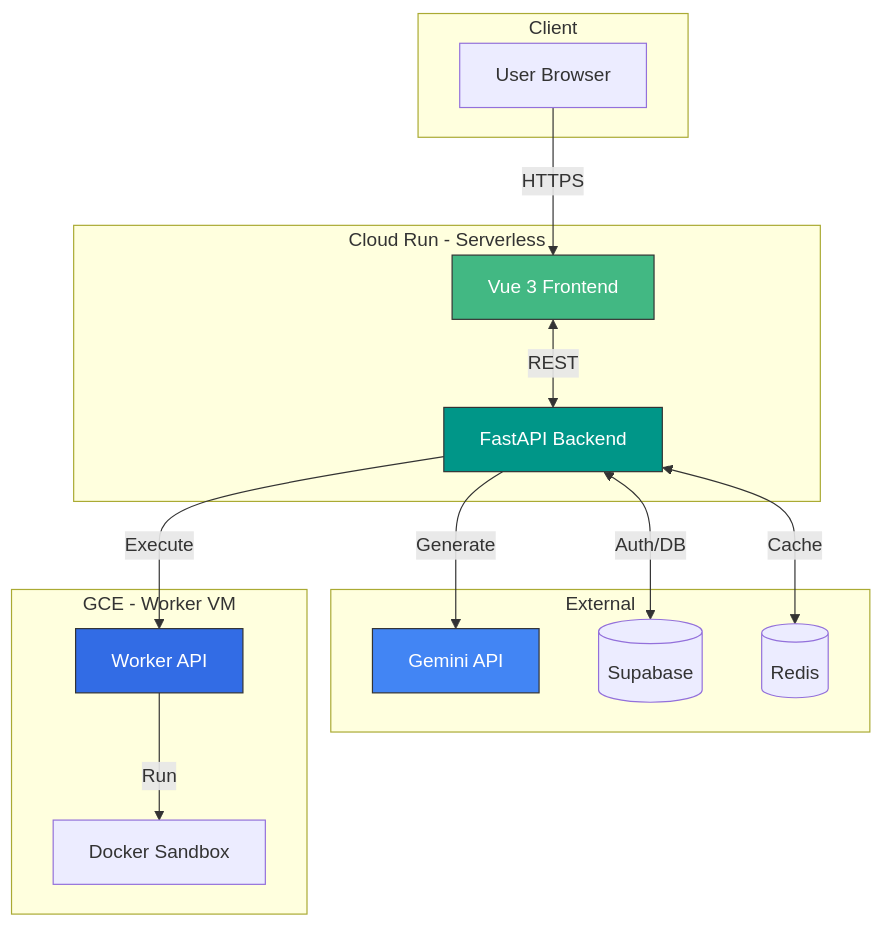
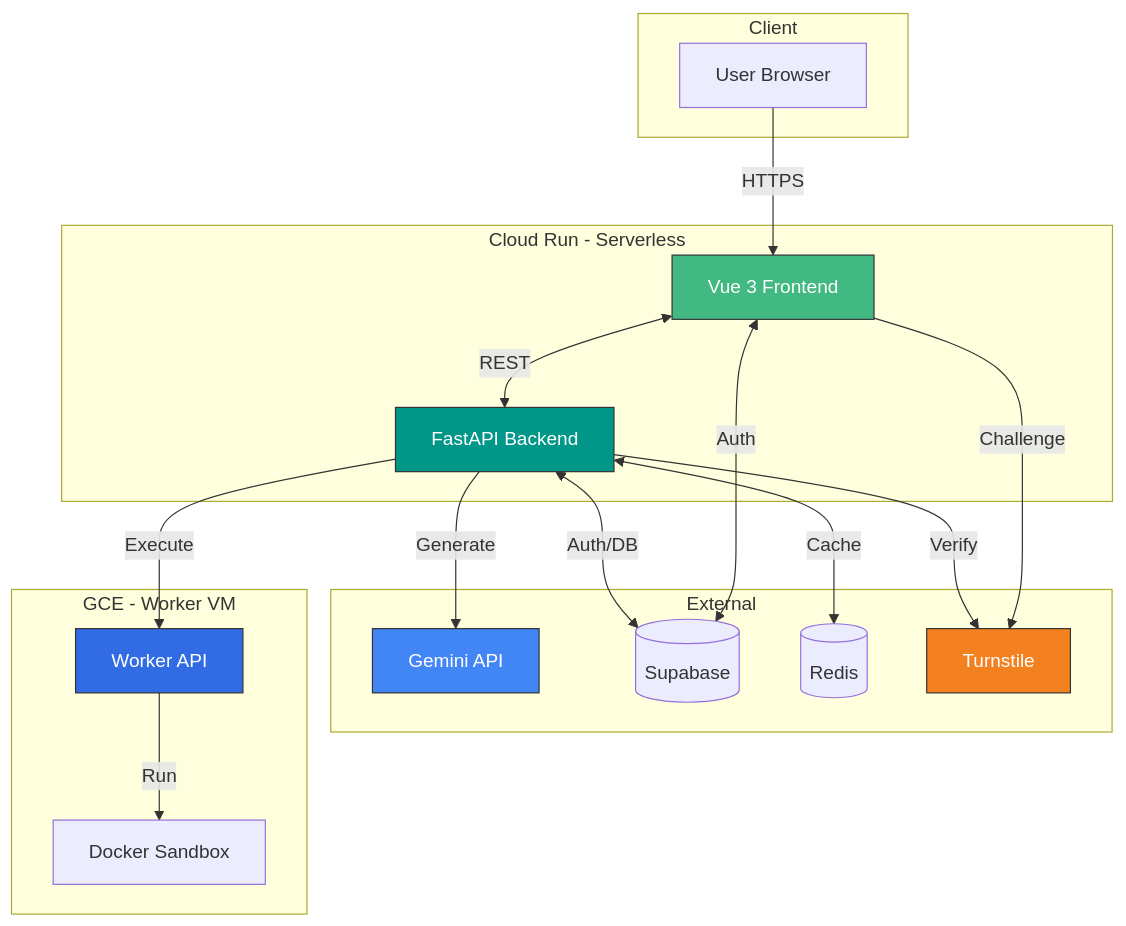
The diagram in README.md (SJ-Son/TESTER), drawn with Mermaid before and after one commit.

Commit message:
docs: 아키텍처 다이어그램 업데이트 (Turnstile 및 Supabase Auth 추가)

````diff
--- a/README.md
+++ b/README.md
@@ -59,35 +59,40 @@
 ```mermaid
 graph TB
     subgraph Client
         U[User Browser]
     end
     
     subgraph "Cloud Run - Serverless"
         FE[Vue 3 Frontend]
         BE[FastAPI Backend]
     end
     
     subgraph External
         G[Gemini API]
         S[(Supabase)]
         R[(Redis)]
+        T[Turnstile]
     end
     
     subgraph "GCE - Worker VM"
         W[Worker API]
         D[Docker Sandbox]
     end
     
     U -->|HTTPS| FE
     FE <--> |REST| BE
+    FE <--> |Auth| S
+    FE --> |Challenge| T
     BE -->|Generate| G
     BE <-->|Cache| R
     BE <-->|Auth/DB| S
+    BE -->|Verify| T
     BE -->|Execute| W
     W -->|Run| D
     
     style FE fill:#42b883,stroke:#333,color:#fff
     style BE fill:#009688,stroke:#333,color:#fff
     style G fill:#4285f4,stroke:#333,color:#fff
     style W fill:#326ce5,stroke:#333,color:#fff
+    style T fill:#f48120,stroke:#333,color:#fff
 ```
````
